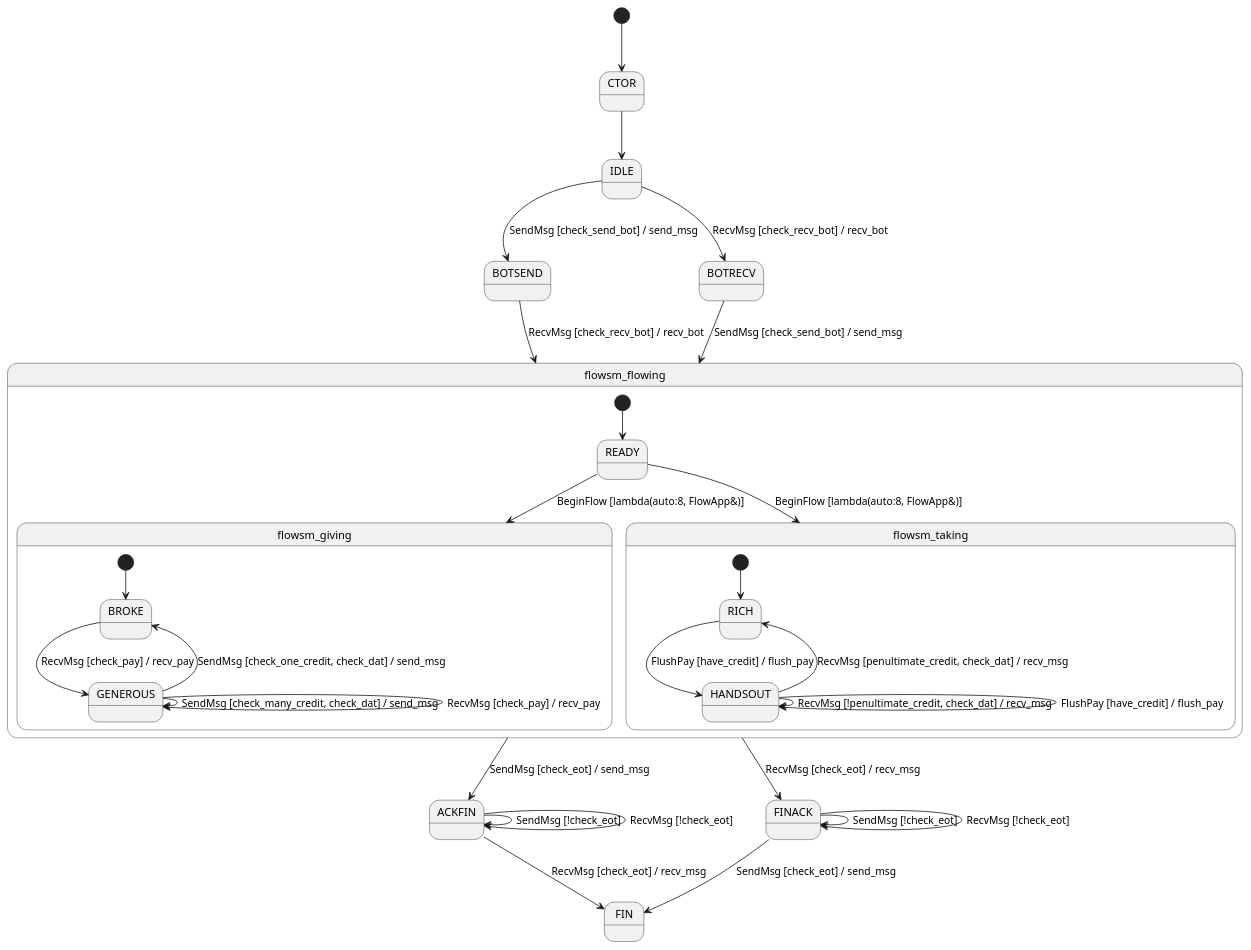
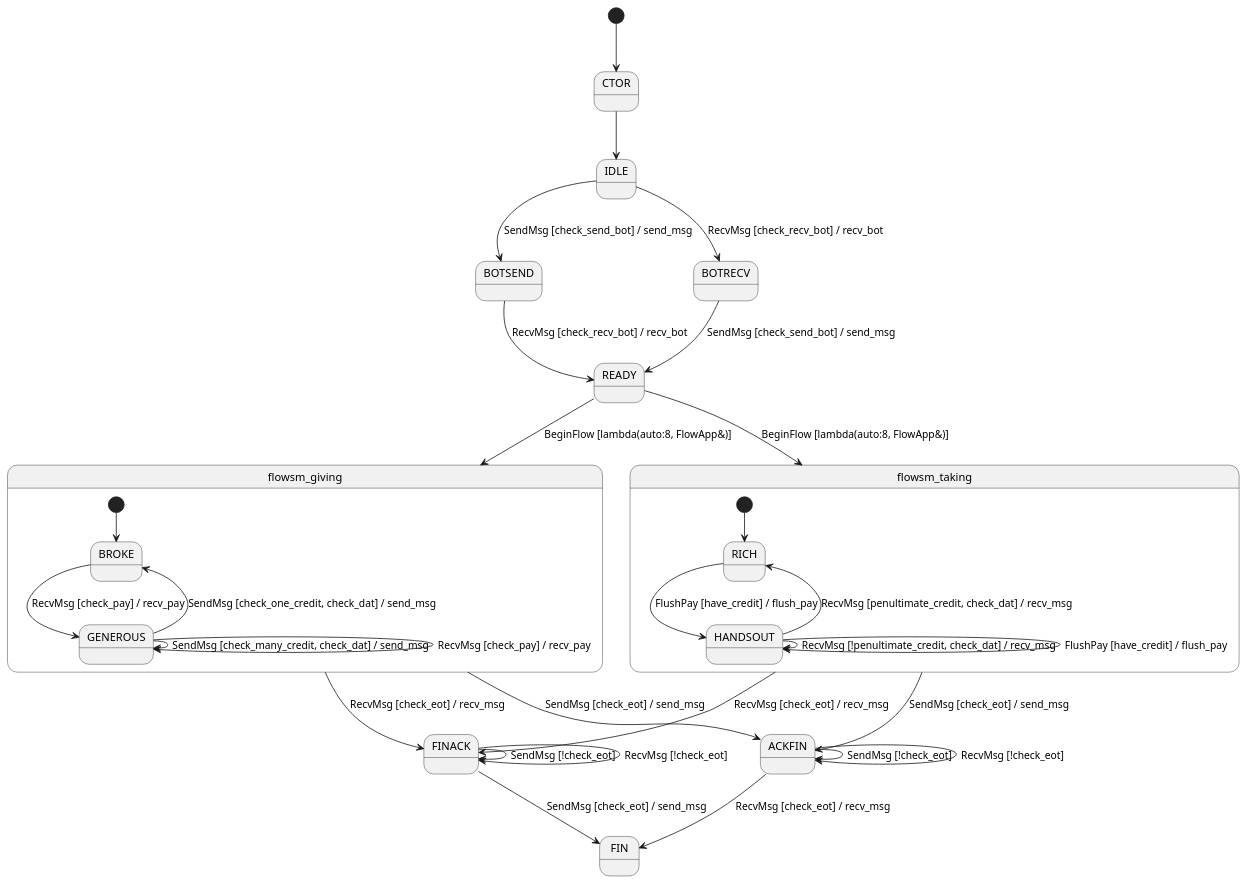
One commit to brettviren/zio changed the diagram in docs/flowsm.plantuml. Above: the diagram before and after it, drawn with PlantUML. The commit also changed 14 other files, not shown here.

```diff
--- a/docs/flowsm.plantuml
+++ b/docs/flowsm.plantuml
@@ -1,45 +1,44 @@
 @startuml
 
 [*] --> CTOR
 CTOR --> IDLE
 IDLE --> BOTSEND : SendMsg [check_send_bot] / send_msg
 IDLE --> BOTRECV : RecvMsg [check_recv_bot] / recv_bot
-BOTSEND --> flowsm_flowing : RecvMsg [check_recv_bot] / recv_bot
-BOTRECV --> flowsm_flowing : SendMsg [check_send_bot] / send_msg
-flowsm_flowing --> ACKFIN : SendMsg [check_eot] / send_msg
-flowsm_flowing --> FINACK : RecvMsg [check_eot] / recv_msg
+BOTSEND --> READY : RecvMsg [check_recv_bot] / recv_bot
+BOTRECV --> READY : SendMsg [check_send_bot] / send_msg
 
 FINACK --> FINACK : SendMsg [!check_eot]
 FINACK --> FINACK : RecvMsg [!check_eot]
 FINACK --> FIN : SendMsg [check_eot] / send_msg
 
 ACKFIN --> ACKFIN : SendMsg [!check_eot]
 ACKFIN --> ACKFIN : RecvMsg [!check_eot]
 ACKFIN --> FIN : RecvMsg [check_eot] / recv_msg
 
 
-state flowsm_flowing {
-[*] --> READY
 READY --> flowsm_giving : BeginFlow [lambda(auto:8, FlowApp&)]
 READY --> flowsm_taking : BeginFlow [lambda(auto:8, FlowApp&)]
 
 
 state flowsm_giving {
 [*] --> BROKE
 BROKE --> GENEROUS : RecvMsg [check_pay] / recv_pay
 GENEROUS --> BROKE : SendMsg [check_one_credit, check_dat] / send_msg
 GENEROUS --> GENEROUS : SendMsg [check_many_credit, check_dat] / send_msg
 GENEROUS --> GENEROUS : RecvMsg [check_pay] / recv_pay
 }
 
 state flowsm_taking {
 [*] --> RICH
 RICH --> HANDSOUT : FlushPay [have_credit] / flush_pay
 HANDSOUT --> RICH : RecvMsg [penultimate_credit, check_dat] / recv_msg
 HANDSOUT --> HANDSOUT : RecvMsg [!penultimate_credit, check_dat] / recv_msg
 HANDSOUT --> HANDSOUT : FlushPay [have_credit] / flush_pay
 }
 
-}
+flowsm_giving --> ACKFIN : SendMsg [check_eot] / send_msg
+flowsm_giving --> FINACK : RecvMsg [check_eot] / recv_msg
+flowsm_taking --> ACKFIN : SendMsg [check_eot] / send_msg
+flowsm_taking --> FINACK : RecvMsg [check_eot] / recv_msg
 
 @enduml
```
